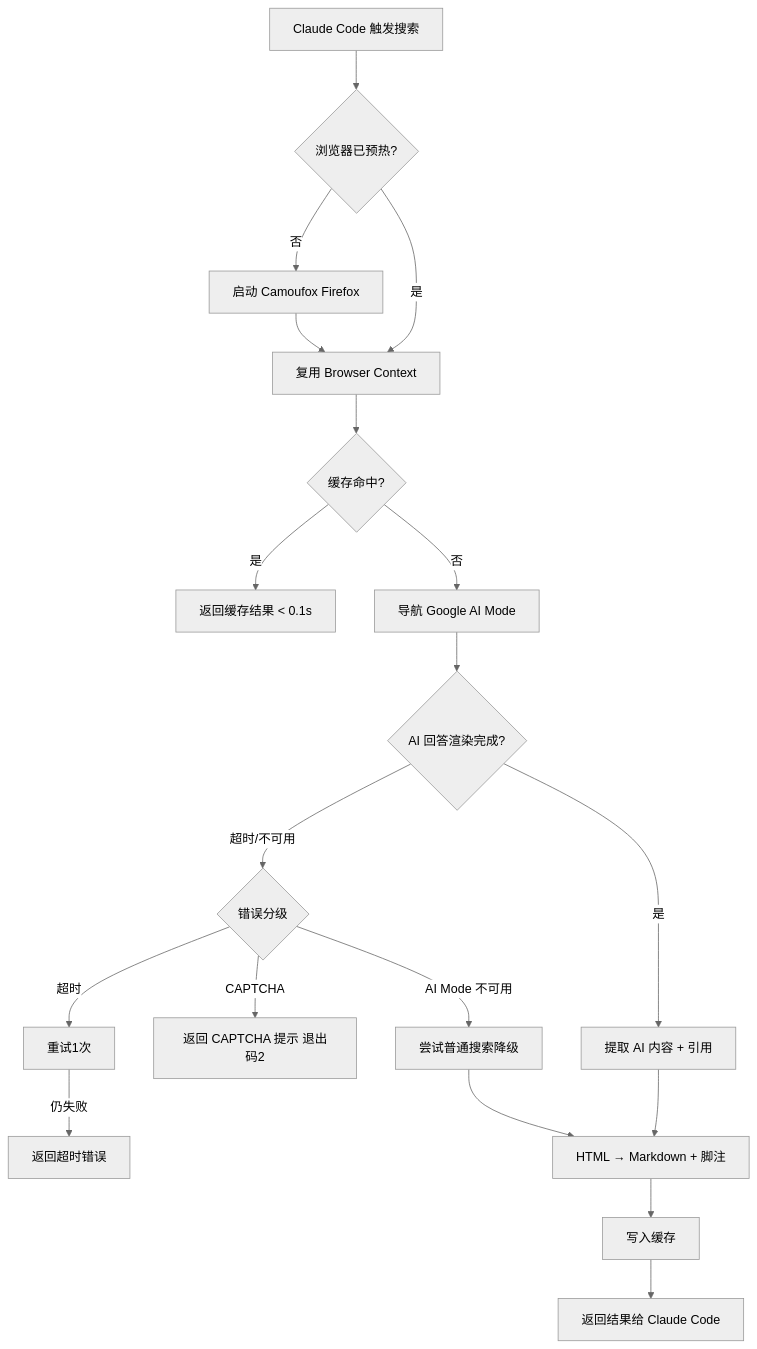
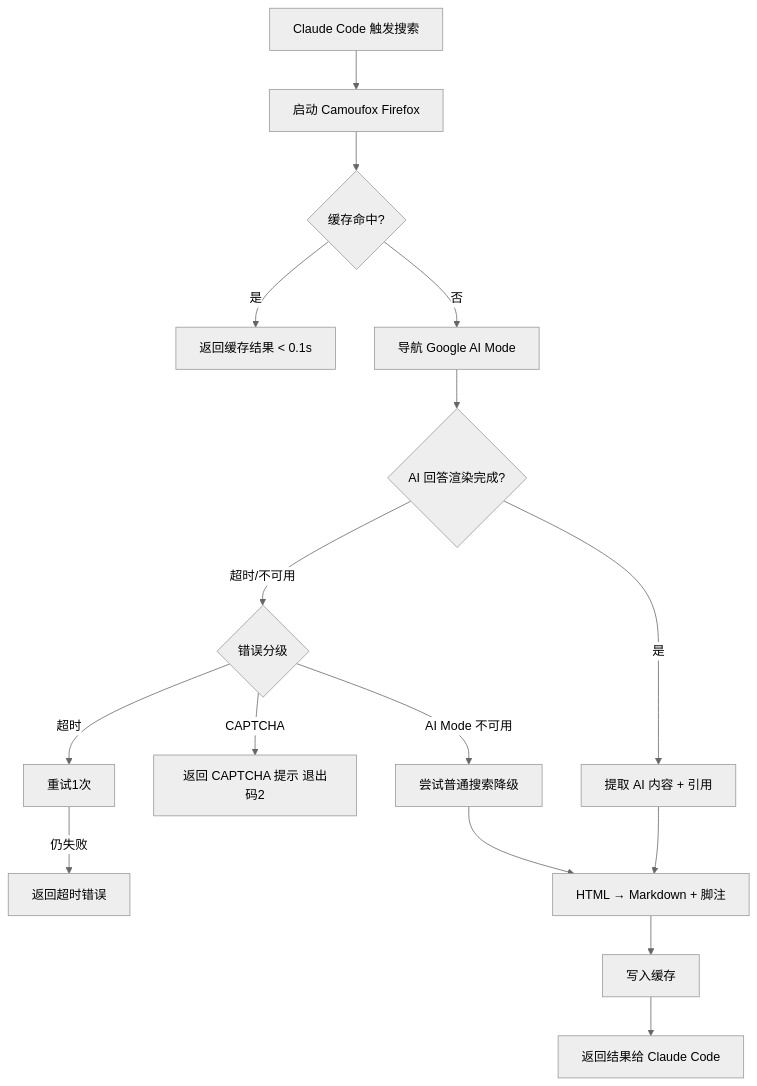
The diagram in .anws/v1/01_PRD.md (moyu12-ae/ZeroSearch), drawn with Mermaid (neutral theme) before and after one commit. The commit also changed other lines of this file and 5 other files, not shown here.

````diff
--- a/.anws/v1/01_PRD.md
+++ b/.anws/v1/01_PRD.md
@@ -171,21 +172,18 @@
 ```mermaid
 flowchart TD
-    A[Claude Code 触发搜索] --> B{浏览器已预热?}
-    B -->|是| D[复用 Browser Context]
-    B -->|否| C[启动 Camoufox Firefox]
-    C --> D
-    D --> E{缓存命中?}
+    A[Claude Code 触发搜索] --> C[启动 Camoufox Firefox]
+    C --> E{缓存命中?}
     E -->|是| F[返回缓存结果 < 0.1s]
     E -->|否| G[导航 Google AI Mode]
     G --> H{AI 回答渲染完成?}
     H -->|是| I[提取 AI 内容 + 引用]
     H -->|超时/不可用| J{错误分级}
     J -->|CAPTCHA| K[返回 CAPTCHA 提示 退出码2]
     J -->|超时| L[重试1次]
     L -->|仍失败| M[返回超时错误]
     J -->|AI Mode 不可用| N[尝试普通搜索降级]
     I --> O[HTML → Markdown + 脚注]
     O --> P[写入缓存]
     P --> Q[返回结果给 Claude Code]
     N --> O
 ```
````
